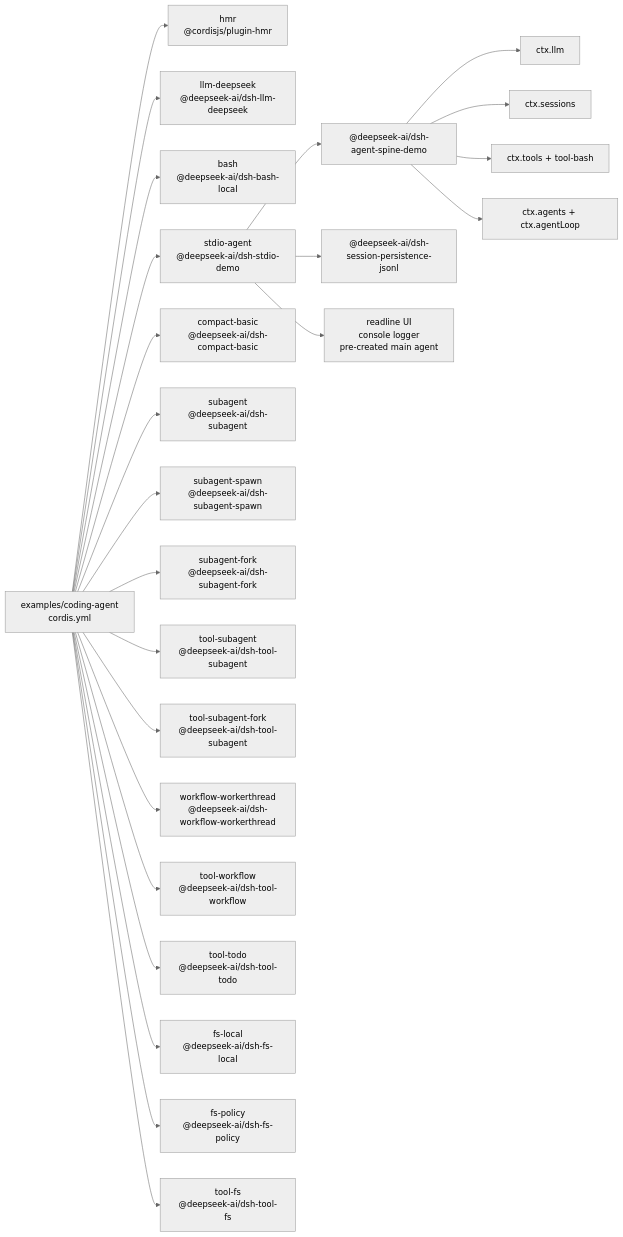
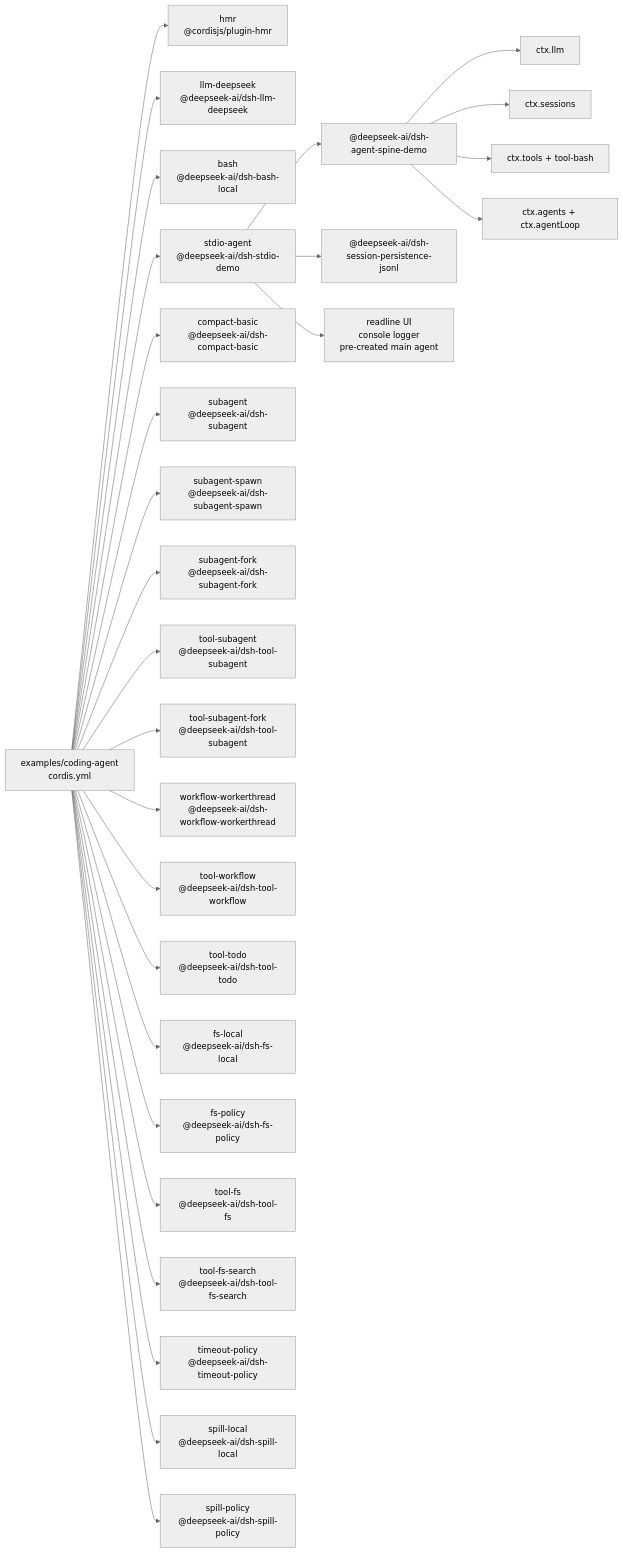
One commit to eru123/coco-harness changed the diagram in examples/coding-agent/composition.md. Above: the diagram before and after it, drawn with Mermaid (neutral theme). The commit also changed other lines of this file and 91 other files, not shown here.

````diff
--- a/examples/coding-agent/composition.md
+++ b/examples/coding-agent/composition.md
@@ -8,43 +8,51 @@
 ```mermaid
 flowchart LR
   cfg["examples/coding-agent<br/>cordis.yml"]
   plugin_coding_hmr["hmr<br/>@cordisjs/plugin-hmr"]
   cfg --> plugin_coding_hmr
   plugin_coding_llm_deepseek["llm-deepseek<br/>@deepseek-ai/dsh-llm-deepseek"]
   cfg --> plugin_coding_llm_deepseek
   plugin_coding_bash["bash<br/>@deepseek-ai/dsh-bash-local"]
   cfg --> plugin_coding_bash
   plugin_coding_stdio_agent["stdio-agent<br/>@deepseek-ai/dsh-stdio-demo"]
   cfg --> plugin_coding_stdio_agent
   plugin_coding_stdio_agent --> bundle_agent_core["@deepseek-ai/dsh-agent-spine-demo"]
   plugin_coding_stdio_agent --> bundle_jsonl["@deepseek-ai/dsh-session-persistence-jsonl"]
   plugin_coding_stdio_agent --> frontdoor_stdio["readline UI<br/>console logger<br/>pre-created main agent"]
   bundle_agent_core --> spine_llm["ctx.llm"]
   bundle_agent_core --> spine_sessions["ctx.sessions"]
   bundle_agent_core --> spine_tools["ctx.tools + tool-bash"]
   bundle_agent_core --> spine_loop["ctx.agents + ctx.agentLoop"]
   plugin_coding_compact_basic["compact-basic<br/>@deepseek-ai/dsh-compact-basic"]
   cfg --> plugin_coding_compact_basic
   plugin_coding_subagent["subagent<br/>@deepseek-ai/dsh-subagent"]
   cfg --> plugin_coding_subagent
   plugin_coding_subagent_spawn["subagent-spawn<br/>@deepseek-ai/dsh-subagent-spawn"]
   cfg --> plugin_coding_subagent_spawn
   plugin_coding_subagent_fork["subagent-fork<br/>@deepseek-ai/dsh-subagent-fork"]
   cfg --> plugin_coding_subagent_fork
   plugin_coding_tool_subagent["tool-subagent<br/>@deepseek-ai/dsh-tool-subagent"]
   cfg --> plugin_coding_tool_subagent
   plugin_coding_tool_subagent_fork["tool-subagent-fork<br/>@deepseek-ai/dsh-tool-subagent"]
   cfg --> plugin_coding_tool_subagent_fork
   plugin_coding_workflow_workerthread["workflow-workerthread<br/>@deepseek-ai/dsh-workflow-workerthread"]
   cfg --> plugin_coding_workflow_workerthread
   plugin_coding_tool_workflow["tool-workflow<br/>@deepseek-ai/dsh-tool-workflow"]
   cfg --> plugin_coding_tool_workflow
   plugin_coding_tool_todo["tool-todo<br/>@deepseek-ai/dsh-tool-todo"]
   cfg --> plugin_coding_tool_todo
   plugin_coding_fs_local["fs-local<br/>@deepseek-ai/dsh-fs-local"]
   cfg --> plugin_coding_fs_local
   plugin_coding_fs_policy["fs-policy<br/>@deepseek-ai/dsh-fs-policy"]
   cfg --> plugin_coding_fs_policy
   plugin_coding_tool_fs["tool-fs<br/>@deepseek-ai/dsh-tool-fs"]
   cfg --> plugin_coding_tool_fs
+  plugin_coding_tool_fs_search["tool-fs-search<br/>@deepseek-ai/dsh-tool-fs-search"]
+  cfg --> plugin_coding_tool_fs_search
+  plugin_coding_timeout_policy["timeout-policy<br/>@deepseek-ai/dsh-timeout-policy"]
+  cfg --> plugin_coding_timeout_policy
+  plugin_coding_spill_local["spill-local<br/>@deepseek-ai/dsh-spill-local"]
+  cfg --> plugin_coding_spill_local
+  plugin_coding_spill_policy["spill-policy<br/>@deepseek-ai/dsh-spill-policy"]
+  cfg --> plugin_coding_spill_policy
 ```
````
